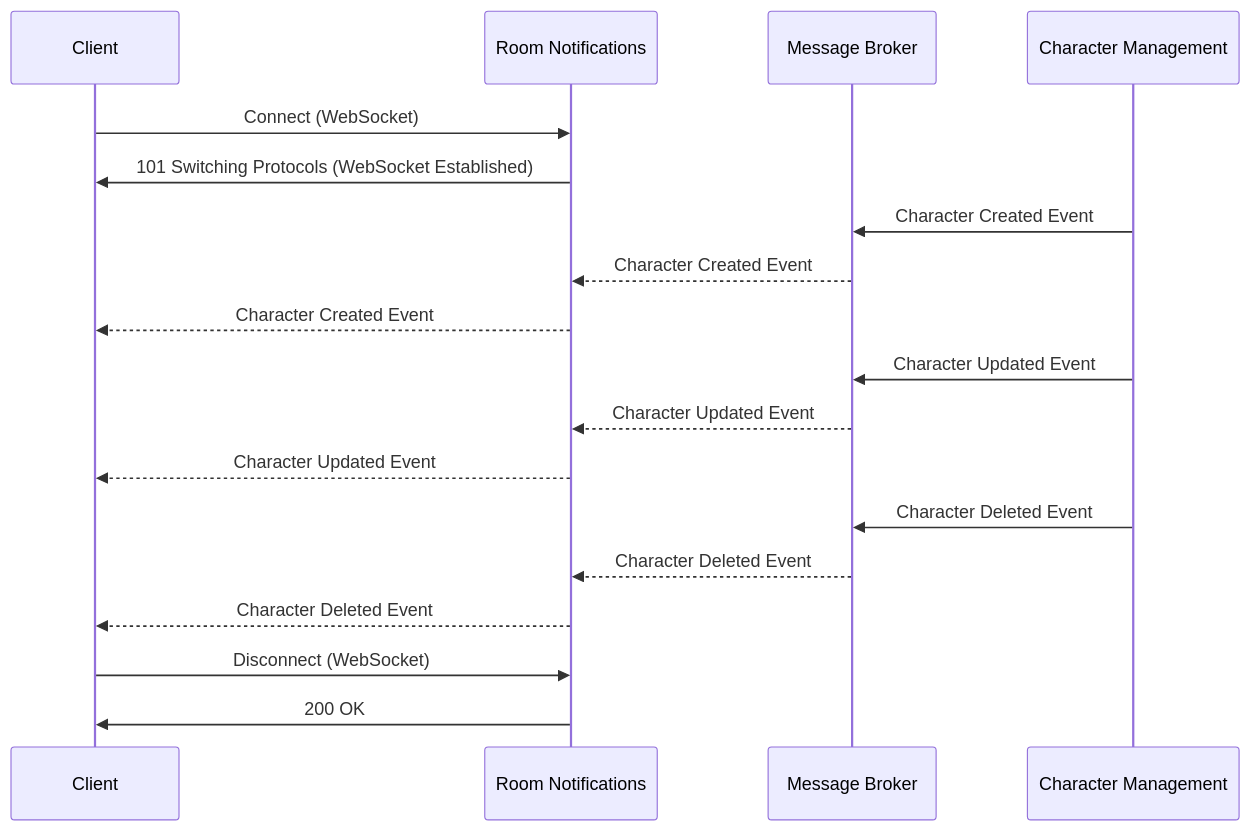
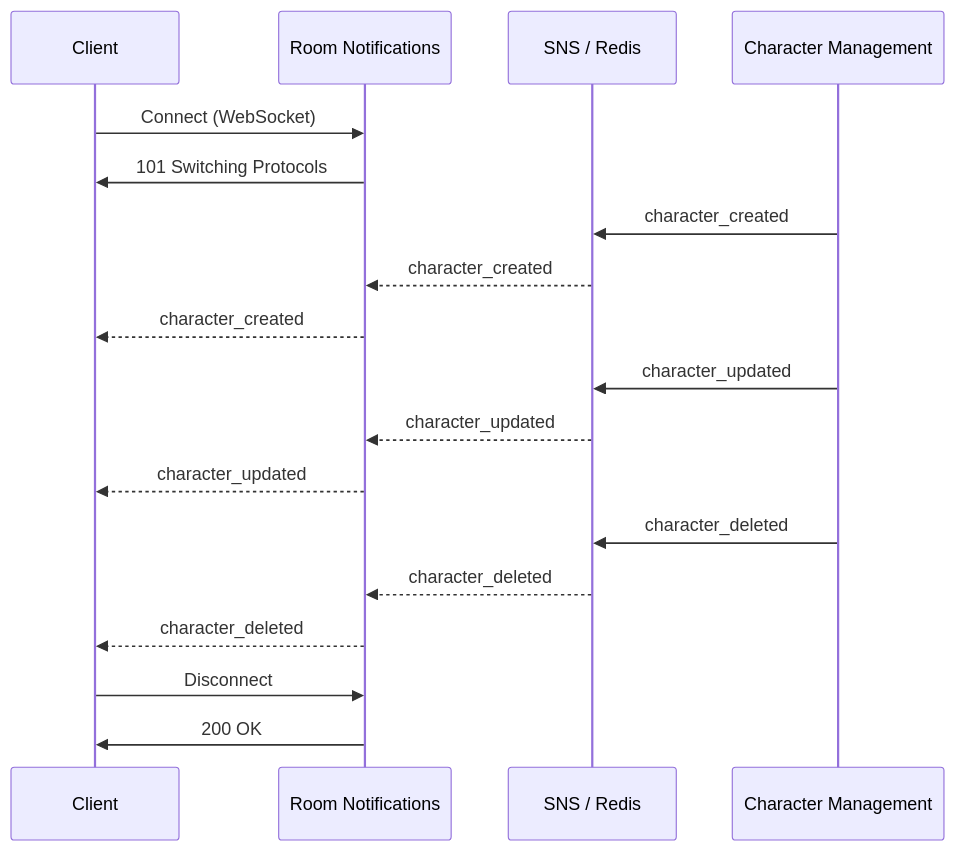
Before and after one commit to REW1L/munch-helper: the diagram in docs/descriptions/MunchHelper/Backend Services/Room Notifications.md, drawn with Mermaid. The commit also changed other lines of this file and 25 other files, not shown here.

First line of the commit message:
feat: add room notifications service for real-time character events

````diff
--- a/docs/descriptions/MunchHelper/Backend Services/Room Notifications.md
+++ b/docs/descriptions/MunchHelper/Backend Services/Room Notifications.md
@@ -6,25 +9,25 @@
 ```mermaid
 sequenceDiagram
-		participant Client
-		participant Room Notifications
-		participant Message Broker
-		participant Character Management
+  participant Client
+  participant RoomNotifications as Room Notifications
+  participant Broker as SNS / Redis
+  participant CharacterService as Character Management
 
-		Client ->> Room Notifications: Connect (WebSocket)
-		Room Notifications ->> Client: 101 Switching Protocols (WebSocket Established)
+  Client ->> RoomNotifications: Connect (WebSocket)
+  RoomNotifications ->> Client: 101 Switching Protocols
 
-		Character Management ->> Message Broker: Character Created Event
-		Message Broker -->> Room Notifications: Character Created Event
-		Room Notifications -->> Client: Character Created Event
+  CharacterService ->> Broker: character_created
+  Broker -->> RoomNotifications: character_created
+  RoomNotifications -->> Client: character_created
 
-		Character Management ->> Message Broker: Character Updated Event
-		Message Broker -->> Room Notifications: Character Updated Event
-		Room Notifications -->> Client: Character Updated Event
+  CharacterService ->> Broker: character_updated
+  Broker -->> RoomNotifications: character_updated
+  RoomNotifications -->> Client: character_updated
 
-		Character Management ->> Message Broker: Character Deleted Event
-		Message Broker -->> Room Notifications: Character Deleted Event
-		Room Notifications -->> Client: Character Deleted Event
+  CharacterService ->> Broker: character_deleted
+  Broker -->> RoomNotifications: character_deleted
+  RoomNotifications -->> Client: character_deleted
 
-		Client ->> Room Notifications: Disconnect (WebSocket)
-		Room Notifications ->> Client: 200 OK
+  Client ->> RoomNotifications: Disconnect
+  RoomNotifications ->> Client: 200 OK
 ```
````
